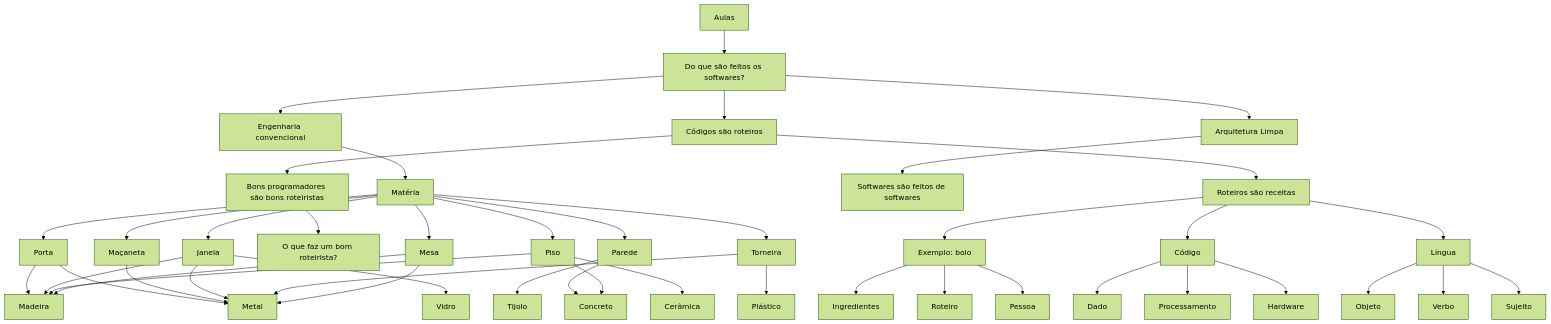
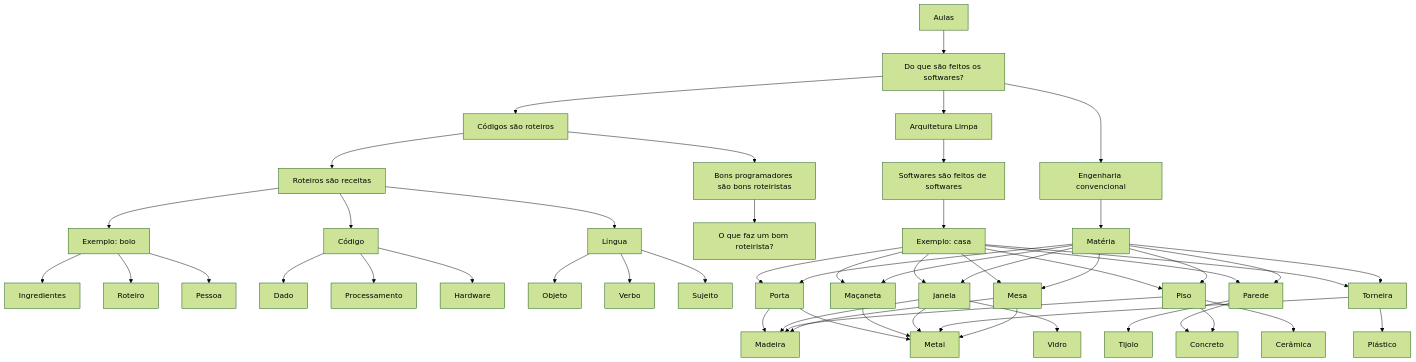
Before and after one commit to laerciogermano/workstation: the diagram in aulas/README.md, drawn with Mermaid (forest theme). The commit also changed other lines of this file, not shown here.

Commit message:
Adiciona Exemplo: casa sob Softwares são feitos de softwares, reusando os componentes da matéria.

```diff
--- a/aulas/README.md
+++ b/aulas/README.md
@@ -23,6 +23,7 @@
   EC[Engenharia convencional]
   AL[Arquitetura Limpa]
   SFS[Softwares são feitos de softwares]
+  CASA[Exemplo: casa]
   M[Matéria]
   CP1[Porta]
   CP2[Maçaneta]
@@ -43,6 +44,14 @@
   B --> AL
   B --> C
   AL --> SFS
+  SFS --> CASA
+  CASA --> CP1
+  CASA --> CP2
+  CASA --> CP3
+  CASA --> CP4
+  CASA --> CP5
+  CASA --> CP6
+  CASA --> CP7
   C --> D
   C --> E
   E --> F
```
